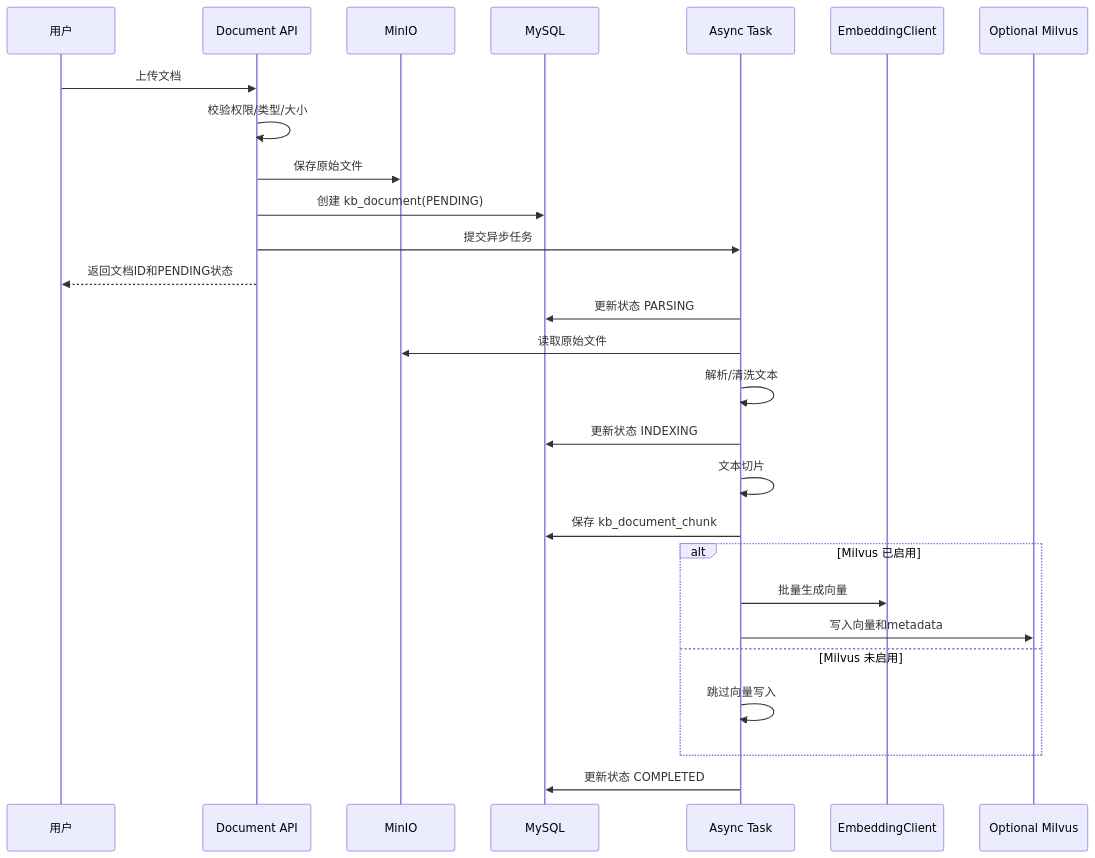
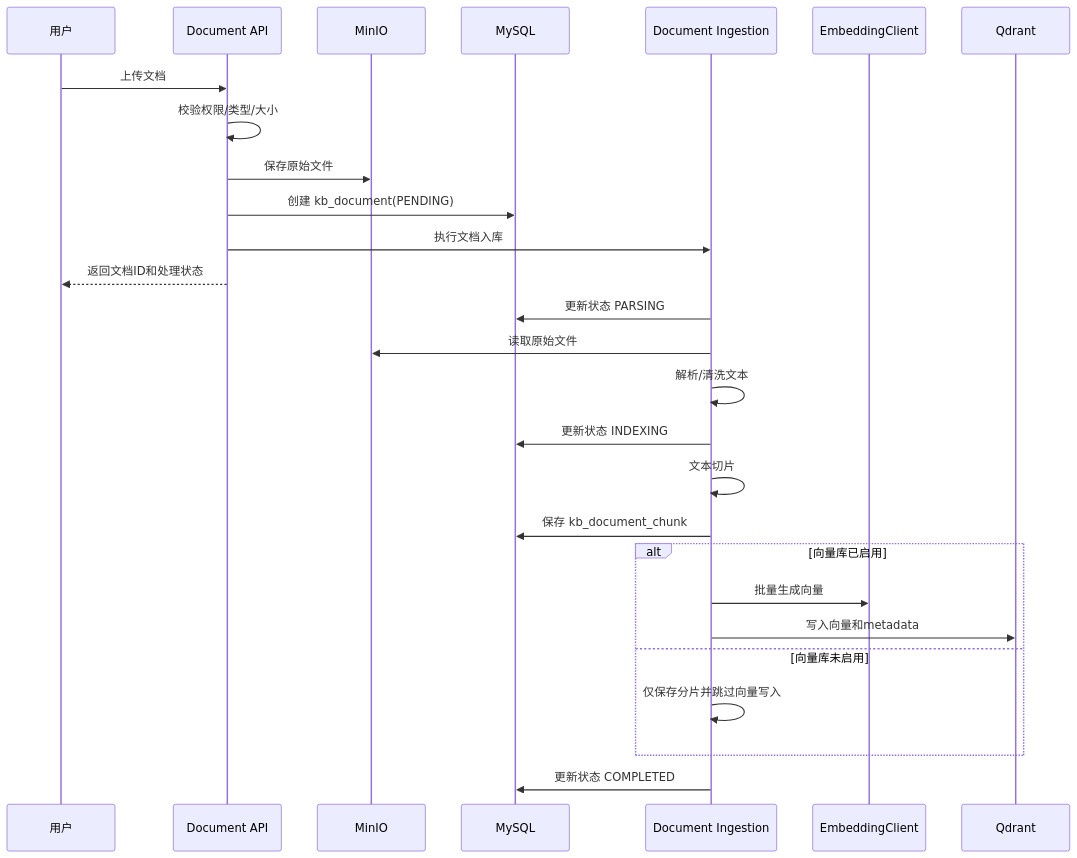
One commit to Mark001008/knowledge-base changed the second of 3 diagrams in docs/AI知识库平台系统设计.md. Above: the diagram before and after it, drawn with Mermaid. The commit also changed other lines of this file and 9 other files, not shown here.

Commit message:
Harden document RAG ingestion

````diff
--- a/docs/AI知识库平台系统设计.md
+++ b/docs/AI知识库平台系统设计.md
@@ -342,31 +342,31 @@
 ```mermaid
 sequenceDiagram
     participant U as 用户
     participant API as Document API
     participant M as MinIO
     participant DB as MySQL
-    participant T as Async Task
+    participant T as Document Ingestion
     participant E as EmbeddingClient
-    participant V as Optional Milvus
+    participant V as Qdrant
 
     U->>API: 上传文档
     API->>API: 校验权限/类型/大小
     API->>M: 保存原始文件
     API->>DB: 创建 kb_document(PENDING)
-    API->>T: 提交异步任务
-    API-->>U: 返回文档ID和PENDING状态
+    API->>T: 执行文档入库
+    API-->>U: 返回文档ID和处理状态
 
     T->>DB: 更新状态 PARSING
     T->>M: 读取原始文件
     T->>T: 解析/清洗文本
     T->>DB: 更新状态 INDEXING
     T->>T: 文本切片
     T->>DB: 保存 kb_document_chunk
-    alt Milvus 已启用
+    alt 向量库已启用
         T->>E: 批量生成向量
         T->>V: 写入向量和metadata
-    else Milvus 未启用
-        T->>T: 跳过向量写入
+    else 向量库未启用
+        T->>T: 仅保存分片并跳过向量写入
     end
     T->>DB: 更新状态 COMPLETED
 ```
````
